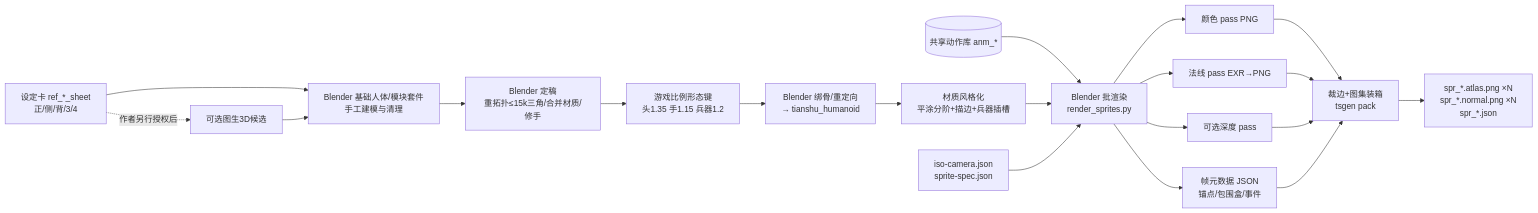
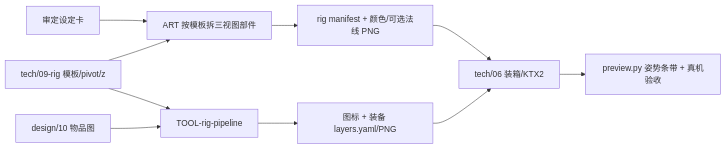
Before and after one commit to radarxc/jinyongqunxia: the fourth of 7 diagrams in docs/tech/07-asset-generation.md, drawn with Mermaid. The commit also changed other lines of this file and 3 other files, not shown here.

First line of the commit message:
agents(DES-rig): 角色分层部件绑定与代码步态规格（AR-22）· docs/tech/09 + 改 tech/02 §2.5–2.6

````diff
--- a/docs/tech/07-asset-generation.md
+++ b/docs/tech/07-asset-generation.md
@@ -701,19 +693,11 @@
 ```mermaid
 flowchart LR
-  S[设定卡 ref_*_sheet<br/>正/侧/背/3/4] --> M1[Blender 基础人体/模块套件<br/>手工建模与清理]
-  S -. 作者另行授权后 .-> M0[可选图生3D候选]
-  M0 --> M1
-  M1 --> M2[Blender 定稿<br/>重拓扑≤15k三角/合并材质/修手]
-  M2 --> M3[游戏比例形态键<br/>头1.35 手1.15 兵器1.2]
-  M3 --> M4[Blender 绑骨/重定向<br/>→ tianshu_humanoid]
-  M4 --> M5[材质风格化<br/>平涂分阶+描边+兵器插槽]
-  L[(共享动作库 anm_*)] --> R
-  M5 --> R[Blender 批渲染<br/>render_sprites.py]
-  CAM[iso-camera.json<br/>sprite-spec.json] --> R
-  R --> P1[颜色 pass PNG]
-  R --> P2[法线 pass EXR→PNG]
-  R --> P3[可选深度 pass]
-  R --> META[帧元数据 JSON<br/>锚点/包围盒/事件]
-  P1 & P2 & P3 & META --> PK[裁边+图集装箱<br/>tsgen pack]
-  PK --> OUT[spr_*.atlas.png ×N<br/>spr_*.normal.png ×N<br/>spr_*.json]
+  S[审定设定卡] --> A[ART 按模板拆三视图部件]
+  T[tech/09-rig 模板/pivot/z] --> A
+  A --> M[rig manifest + 颜色/可选法线 PNG]
+  I[design/10 物品图] --> P[TOOL-rig-pipeline]
+  T --> P
+  P --> O[图标 + 装备 layers.yaml/PNG]
+  M & O --> K[tech/06 装箱/KTX2]
+  K --> V[preview.py 姿势条带 + 真机验收]
 ```
````
